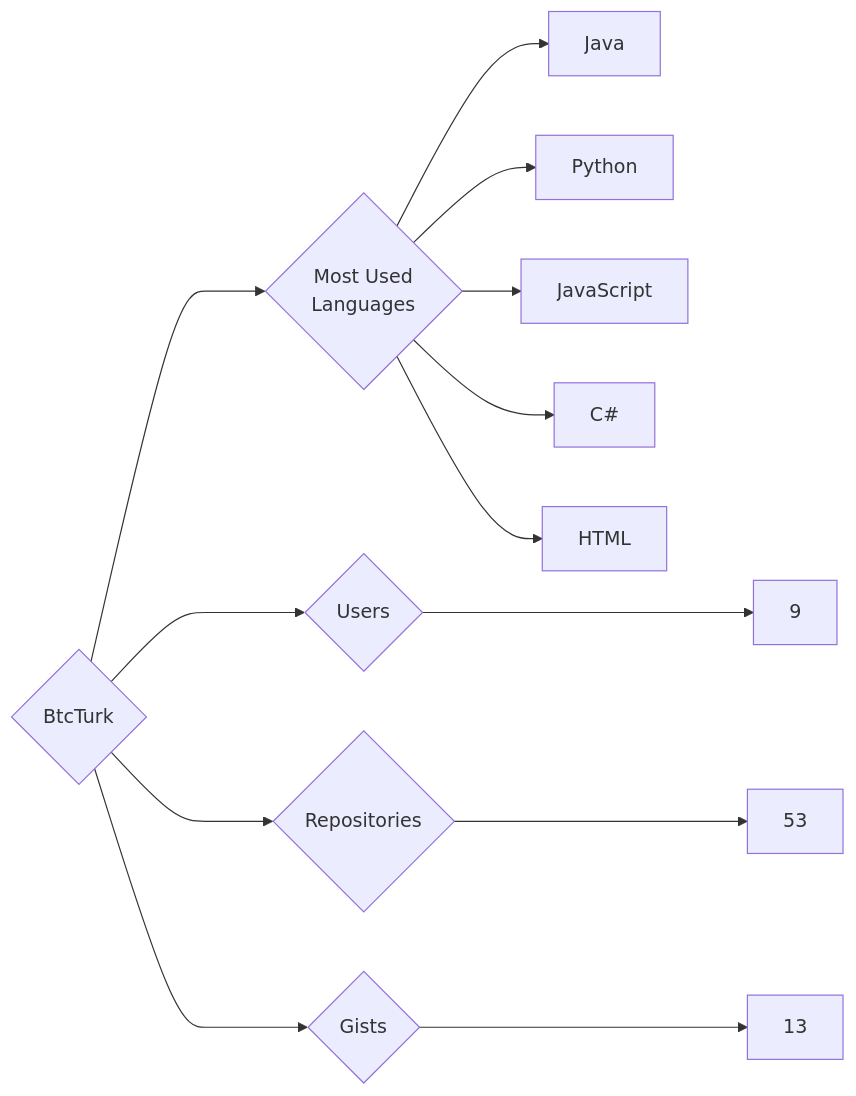
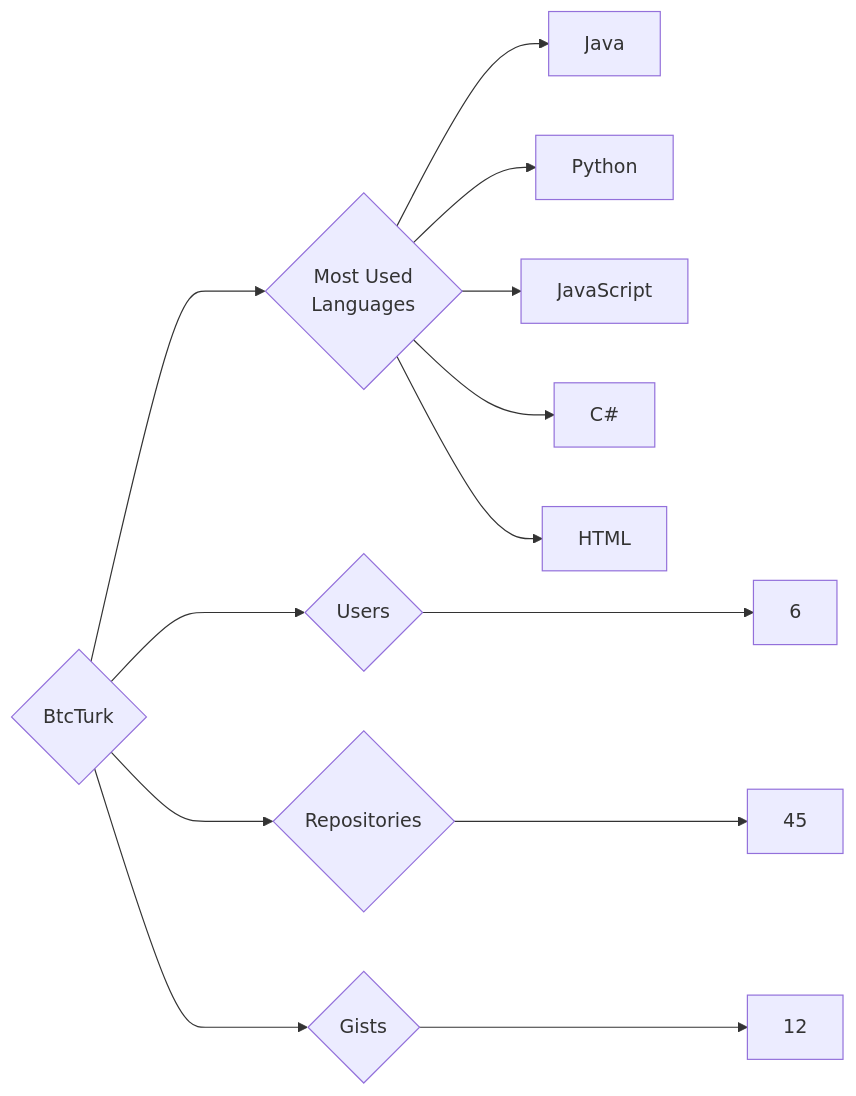
The diagram in targets/BtcTurk/README.md (trickest/insiders), drawn with Mermaid before and after one commit. The commit also changed 1166 other files, not shown here.

````diff
--- a/targets/BtcTurk/README.md
+++ b/targets/BtcTurk/README.md
@@ -3,13 +3,13 @@
 ```mermaid
 graph LR
 COMPANY_NAME{BtcTurk}
-COMPANY_NAME ---> U{Users} ---> UN[9]
-COMPANY_NAME ---> R{Repositories} ---> RN[53]
-COMPANY_NAME ---> G{Gists} ---> GN[13]
+COMPANY_NAME ---> U{Users} ---> UN[6]
+COMPANY_NAME ---> R{Repositories} ---> RN[45]
+COMPANY_NAME ---> G{Gists} ---> GN[12]
 COMPANY_NAME ---> ML{Most Used<br>Languages}
 ML --> Java[Java]
 ML --> Python[Python]
 ML --> JavaScript[JavaScript]
 ML --> C#[C#]
 ML --> HTML[HTML]
 ```
````
